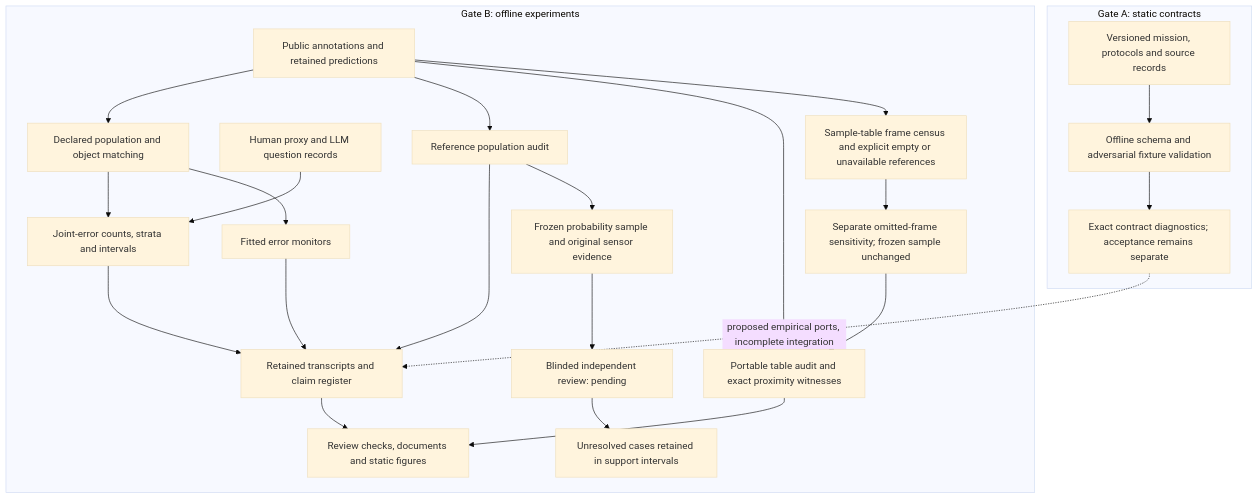
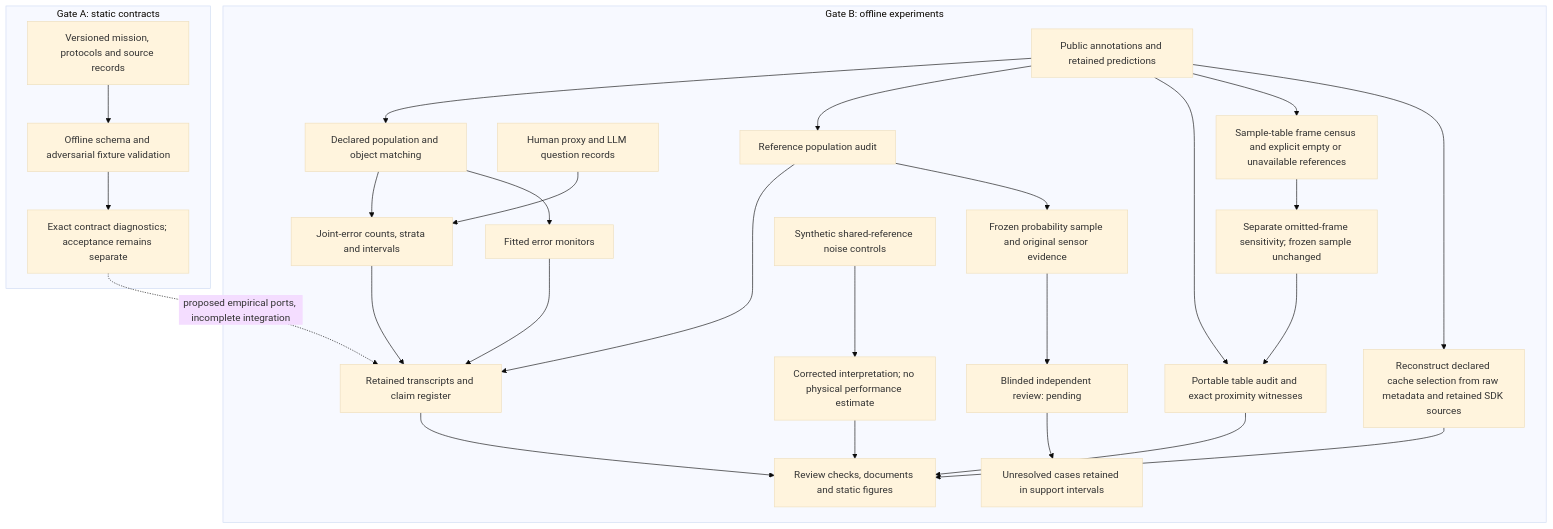
One commit to manfromnowhere143/reiyah changed the first of 2 diagrams in README.md. Above: the diagram before and after it, drawn with Mermaid (base theme). The commit also changed other lines of this file and 20 other files, not shown here.

First line of the commit message:
Reconstruct cache selection and narrow reference-noise invariance

````diff
--- a/README.md
+++ b/README.md
@@ -66,27 +80,31 @@
 ```mermaid
 flowchart TB
   subgraph STATIC["Gate A: static contracts"]
     M["Versioned mission, protocols and source records"] --> V["Offline schema and adversarial fixture validation"]
     V --> C["Exact contract diagnostics; acceptance remains separate"]
   end
   subgraph RESEARCH["Gate B: offline experiments"]
     D["Public annotations and retained predictions"] --> P["Declared population and object matching"]
     P --> J["Joint-error counts, strata and intervals"]
     P --> E["Fitted error monitors"]
     H["Human proxy and LLM question records"] --> J
     J --> T["Retained transcripts and claim register"]
     E --> T
     T --> R["Review checks, documents and static figures"]
     D --> A["Reference population audit"]
     A --> T
     D --> AP["Portable table audit and exact proximity witnesses"]
     D --> FC["Sample-table frame census and explicit empty or unavailable references"]
     FC --> FS["Separate omitted-frame sensitivity; frozen sample unchanged"]
     FS --> AP
     AP --> R
+    D --> CP["Reconstruct declared cache selection from raw metadata and retained SDK sources"]
+    CP --> R
+    RN["Synthetic shared-reference noise controls"] --> RI["Corrected interpretation; no physical performance estimate"]
+    RI --> R
     A --> P2["Frozen probability sample and original sensor evidence"]
     P2 --> R2["Blinded independent review: pending"]
     R2 --> U2["Unresolved cases retained in support intervals"]
   end
   C -. "proposed empirical ports, incomplete integration" .-> T
 ```
````
